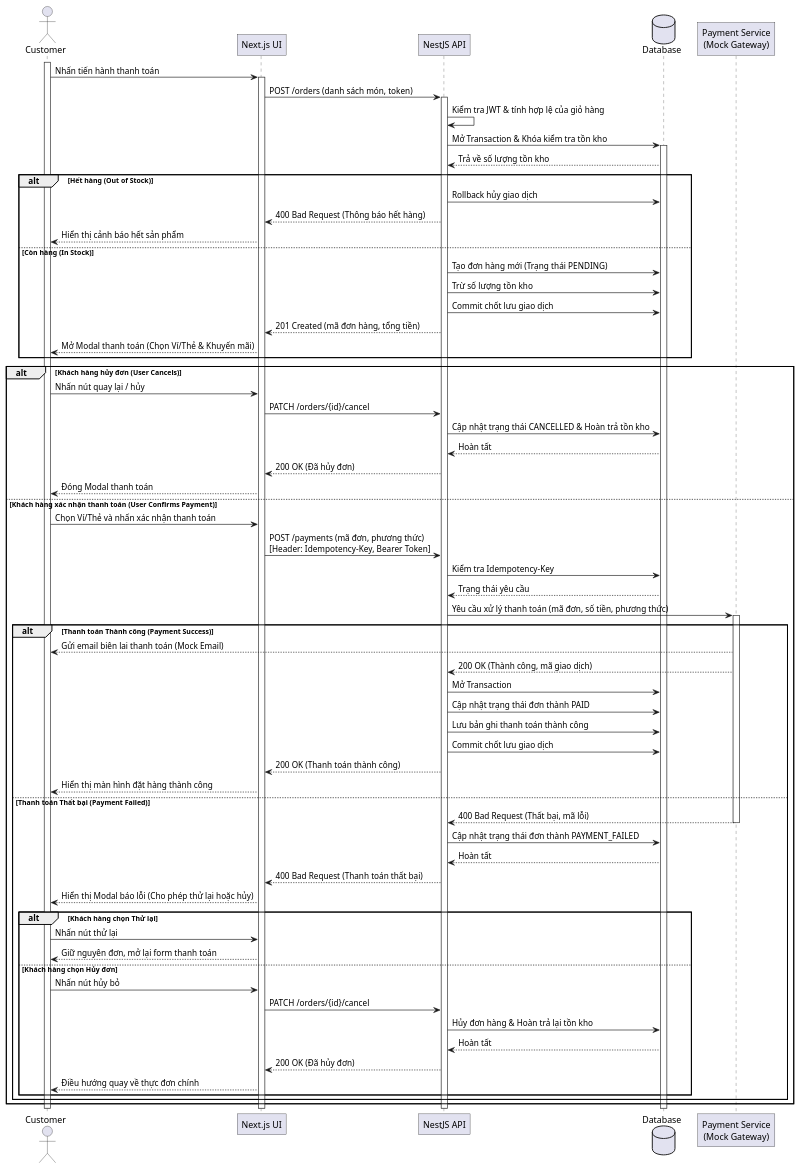
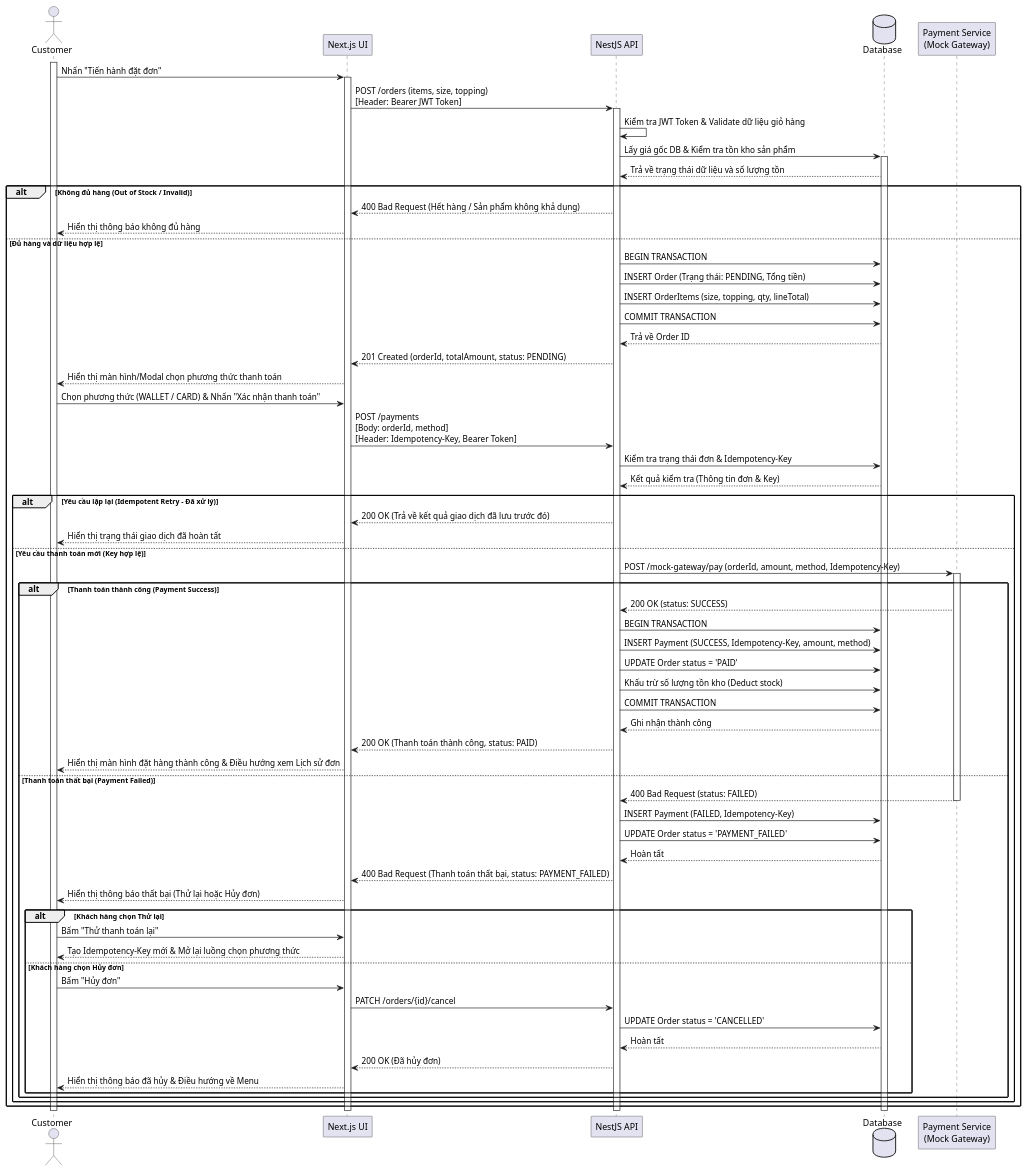
One commit to Tuan250206/BrewLite_Assignment2 changed the diagram in docs/diagrams/sequence-checkout.puml. Above: the diagram before and after it, drawn with PlantUML. The commit also changed 3 other files, not shown here.

Commit message:
docs: update architecture diagrams

```diff
--- a/docs/diagrams/sequence-checkout.puml
+++ b/docs/diagrams/sequence-checkout.puml
@@ -1,99 +1,98 @@
 @startuml sequence-checkout
 skinparam responseMessageBelowArrow true
 skinparam BoxPadding 10
 skinparam ParticipantPadding 10
 skinparam Shadowing false
-skinparam RoundCorner 0
+skinparam RoundCorner 2
 skinparam SequenceLifeLineBackgroundColor white
 skinparam SequenceLifeLineBorderColor #444444
 
 actor "Customer" as User
 participant "Next.js UI" as UI
 participant "NestJS API" as API
 database "Database" as DB
 participant "Payment Service\n(Mock Gateway)" as Payment
 
 activate User
-User -> UI: Nhấn tiến hành thanh toán
+User -> UI: Nhấn "Tiến hành đặt đơn"
 activate UI
 
-UI -> API: POST /orders (danh sách món, token)
+UI -> API: POST /orders (items, size, topping)\n[Header: Bearer JWT Token]
 activate API
-API -> API: Kiểm tra JWT & tính hợp lệ của giỏ hàng
 
-API -> DB: Mở Transaction & Khóa kiểm tra tồn kho
+API -> API: Kiểm tra JWT Token & Validate dữ liệu giỏ hàng
+
+API -> DB: Lấy giá gốc DB & Kiểm tra tồn kho sản phẩm
 activate DB
-DB --> API: Trả về số lượng tồn kho
+DB --> API: Trả về trạng thái dữ liệu và số lượng tồn
 
-alt Hết hàng (Out of Stock)
-    API -> DB: Rollback hủy giao dịch
-    API --> UI: 400 Bad Request (Thông báo hết hàng)
-    UI --> User: Hiển thị cảnh báo hết sản phẩm
-else Còn hàng (In Stock)
-    API -> DB: Tạo đơn hàng mới (Trạng thái PENDING)
-    API -> DB: Trừ số lượng tồn kho
-    API -> DB: Commit chốt lưu giao dịch
-    API --> UI: 201 Created (mã đơn hàng, tổng tiền)
-    UI --> User: Mở Modal thanh toán (Chọn Ví/Thẻ & Khuyến mãi)
-end
+alt Không đủ hàng (Out of Stock / Invalid)
+    API --> UI: 400 Bad Request (Hết hàng / Sản phẩm không khả dụng)
+    UI --> User: Hiển thị thông báo không đủ hàng
+else Đủ hàng và dữ liệu hợp lệ
+    API -> DB: BEGIN TRANSACTION
+    API -> DB: INSERT Order (Trạng thái: PENDING, Tổng tiền)
+    API -> DB: INSERT OrderItems (size, topping, qty, lineTotal)
+    API -> DB: COMMIT TRANSACTION
+    DB --> API: Trả về Order ID
+    API --> UI: 201 Created (orderId, totalAmount, status: PENDING)
+    UI --> User: Hiển thị màn hình/Modal chọn phương thức thanh toán
 
-alt Khách hàng hủy đơn (User Cancels)
-    User -> UI: Nhấn nút quay lại / hủy
-    UI -> API: PATCH /orders/{id}/cancel
-    API -> DB: Cập nhật trạng thái CANCELLED & Hoàn trả tồn kho
-    DB --> API: Hoàn tất
-    API --> UI: 200 OK (Đã hủy đơn)
-    UI --> User: Đóng Modal thanh toán
+    User -> UI: Chọn phương thức (WALLET / CARD) & Nhấn "Xác nhận thanh toán"
+    UI -> API: POST /payments\n[Body: orderId, method]\n[Header: Idempotency-Key, Bearer Token]
 
-else Khách hàng xác nhận thanh toán (User Confirms Payment)
-    User -> UI: Chọn Ví/Thẻ và nhấn xác nhận thanh toán
-    UI -> API: POST /payments (mã đơn, phương thức)\n[Header: Idempotency-Key, Bearer Token]
+    API -> DB: Kiểm tra trạng thái đơn & Idempotency-Key
+    DB --> API: Kết quả kiểm tra (Thông tin đơn & Key)
 
-    API -> DB: Kiểm tra Idempotency-Key
-    DB --> API: Trạng thái yêu cầu
+    alt Yêu cầu lặp lại (Idempotent Retry - Đã xử lý)
+        API --> UI: 200 OK (Trả về kết quả giao dịch đã lưu trước đó)
+        UI --> User: Hiển thị trạng thái giao dịch đã hoàn tất
+    else Yêu cầu thanh toán mới (Key hợp lệ)
+        API -> Payment: POST /mock-gateway/pay (orderId, amount, method, Idempotency-Key)
+        activate Payment
 
-    API -> Payment: Yêu cầu xử lý thanh toán (mã đơn, số tiền, phương thức)
-    activate Payment
+        alt Thanh toán thành công (Payment Success)
+            Payment --> API: 200 OK (status: SUCCESS)
 
-    alt Thanh toán Thành công (Payment Success)
-        Payment --> User: Gửi email biên lai thanh toán (Mock Email)
-        Payment --> API: 200 OK (Thành công, mã giao dịch)
+            API -> DB: BEGIN TRANSACTION
+            API -> DB: INSERT Payment (SUCCESS, Idempotency-Key, amount, method)
+            API -> DB: UPDATE Order status = 'PAID'
+            API -> DB: Khấu trừ số lượng tồn kho (Deduct stock)
+            API -> DB: COMMIT TRANSACTION
+            DB --> API: Ghi nhận thành công
 
-        API -> DB: Mở Transaction
-        API -> DB: Cập nhật trạng thái đơn thành PAID
-        API -> DB: Lưu bản ghi thanh toán thành công
-        API -> DB: Commit chốt lưu giao dịch
+            API --> UI: 200 OK (Thanh toán thành công, status: PAID)
+            UI --> User: Hiển thị màn hình đặt hàng thành công & Điều hướng xem Lịch sử đơn
 
-        API --> UI: 200 OK (Thanh toán thành công)
-        UI --> User: Hiển thị màn hình đặt hàng thành công
+        else Thanh toán thất bại (Payment Failed)
+            Payment --> API: 400 Bad Request (status: FAILED)
+            deactivate Payment
 
-    else Thanh toán Thất bại (Payment Failed)
-        Payment --> API: 400 Bad Request (Thất bại, mã lỗi)
-        deactivate Payment
+            API -> DB: INSERT Payment (FAILED, Idempotency-Key)
+            API -> DB: UPDATE Order status = 'PAYMENT_FAILED'
+            DB --> API: Hoàn tất
 
-        API -> DB: Cập nhật trạng thái đơn thành PAYMENT_FAILED
-        DB --> API: Hoàn tất
+            API --> UI: 400 Bad Request (Thanh toán thất bại, status: PAYMENT_FAILED)
+            UI --> User: Hiển thị thông báo thất bại (Thử lại hoặc Hủy đơn)
 
-        API --> UI: 400 Bad Request (Thanh toán thất bại)
-        UI --> User: Hiển thị Modal báo lỗi (Cho phép thử lại hoặc hủy)
-
-        alt Khách hàng chọn Thử lại
-            User -> UI: Nhấn nút thử lại
-            UI --> User: Giữ nguyên đơn, mở lại form thanh toán
-        else Khách hàng chọn Hủy đơn
-            User -> UI: Nhấn nút hủy bỏ
-            UI -> API: PATCH /orders/{id}/cancel
-            API -> DB: Hủy đơn hàng & Hoàn trả lại tồn kho
-            DB --> API: Hoàn tất
-            API --> UI: 200 OK (Đã hủy đơn)
-            UI --> User: Điều hướng quay về thực đơn chính
+            alt Khách hàng chọn Thử lại
+                User -> UI: Bấm "Thử thanh toán lại"
+                UI --> User: Tạo Idempotency-Key mới & Mở lại luồng chọn phương thức
+            else Khách hàng chọn Hủy đơn
+                User -> UI: Bấm "Hủy đơn"
+                UI -> API: PATCH /orders/{id}/cancel
+                API -> DB: UPDATE Order status = 'CANCELLED'
+                DB --> API: Hoàn tất
+                API --> UI: 200 OK (Đã hủy đơn)
+                UI --> User: Hiển thị thông báo đã hủy & Điều hướng về Menu
+            end
         end
     end
 end
 
 deactivate DB
 deactivate API
 deactivate UI
 deactivate User
 
 @enduml
```
